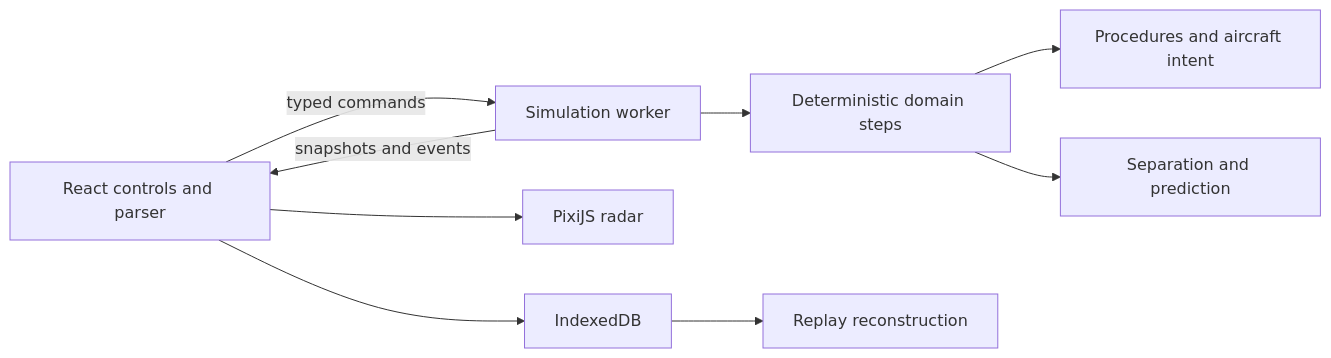
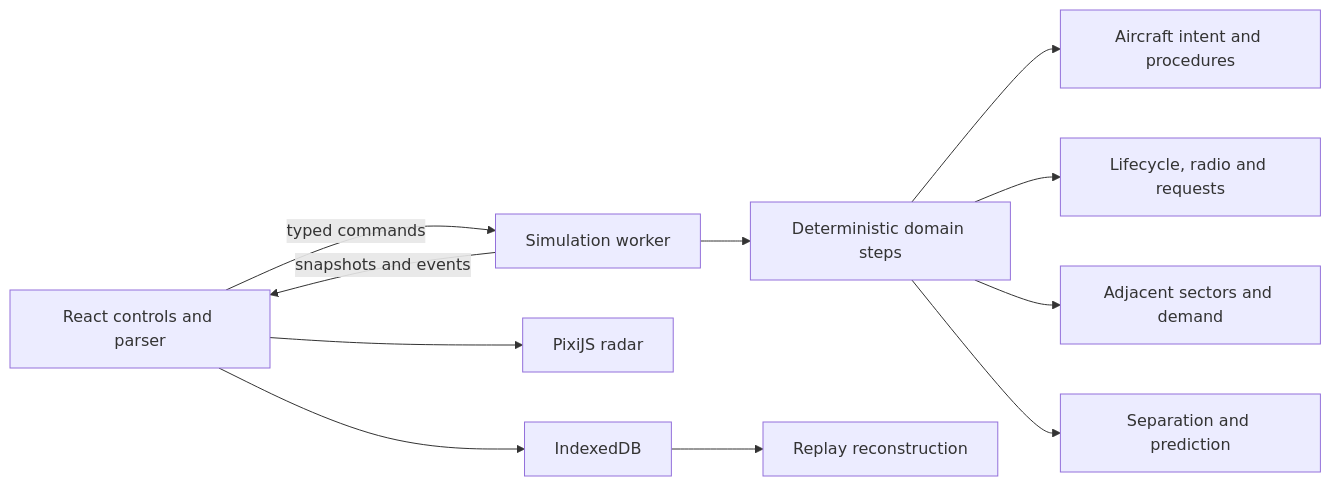
The diagram in docs/architecture.md (stonepact-del/Vector-Anatolia), drawn with Mermaid before and after one commit. The commit also changed other lines of this file and 37 other files, not shown here.

````diff
--- a/docs/architecture.md
+++ b/docs/architecture.md
@@ -5,11 +5,13 @@
 ```mermaid
 flowchart LR
   UI[React controls and parser] -->|typed commands| W[Simulation worker]
   W --> D[Deterministic domain steps]
-  D --> P[Procedures and aircraft intent]
+  D --> P[Aircraft intent and procedures]
+  D --> L[Lifecycle, radio and requests]
+  D --> A[Adjacent sectors and demand]
   D --> C[Separation and prediction]
   W -->|snapshots and events| UI
   UI --> R[PixiJS radar]
   UI --> I[IndexedDB]
   I --> Q[Replay reconstruction]
 ```
````
